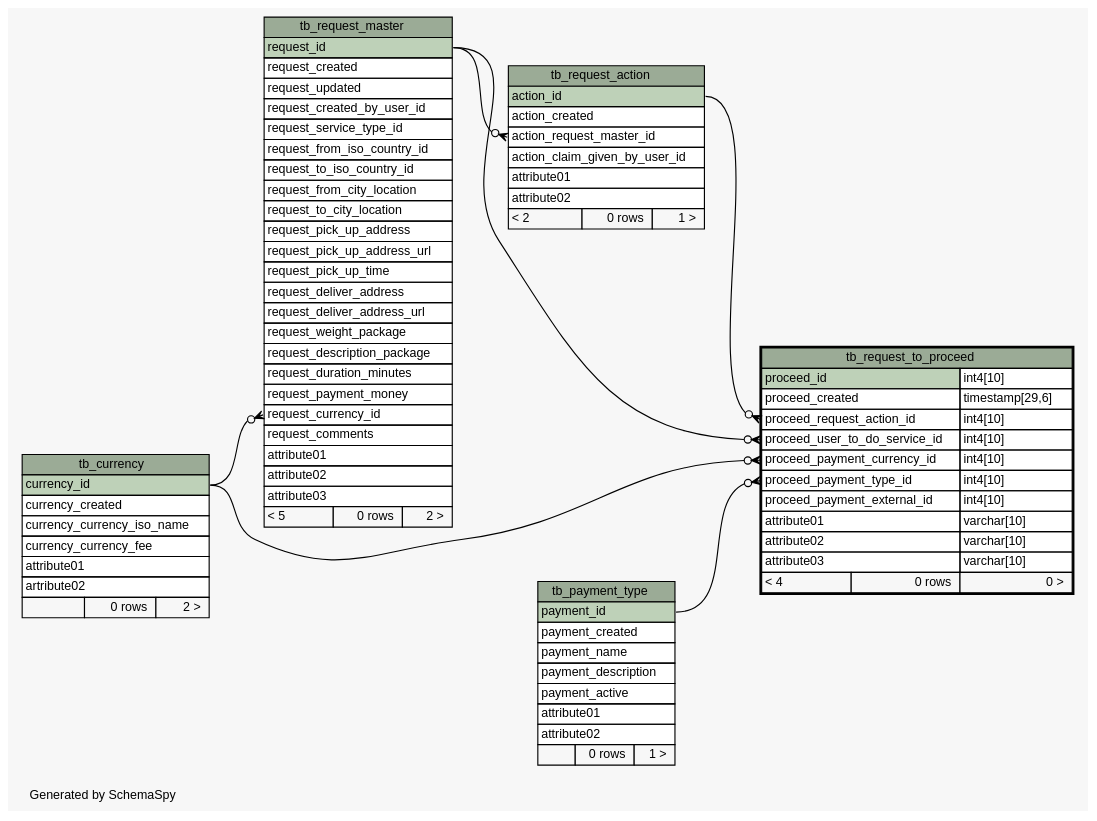
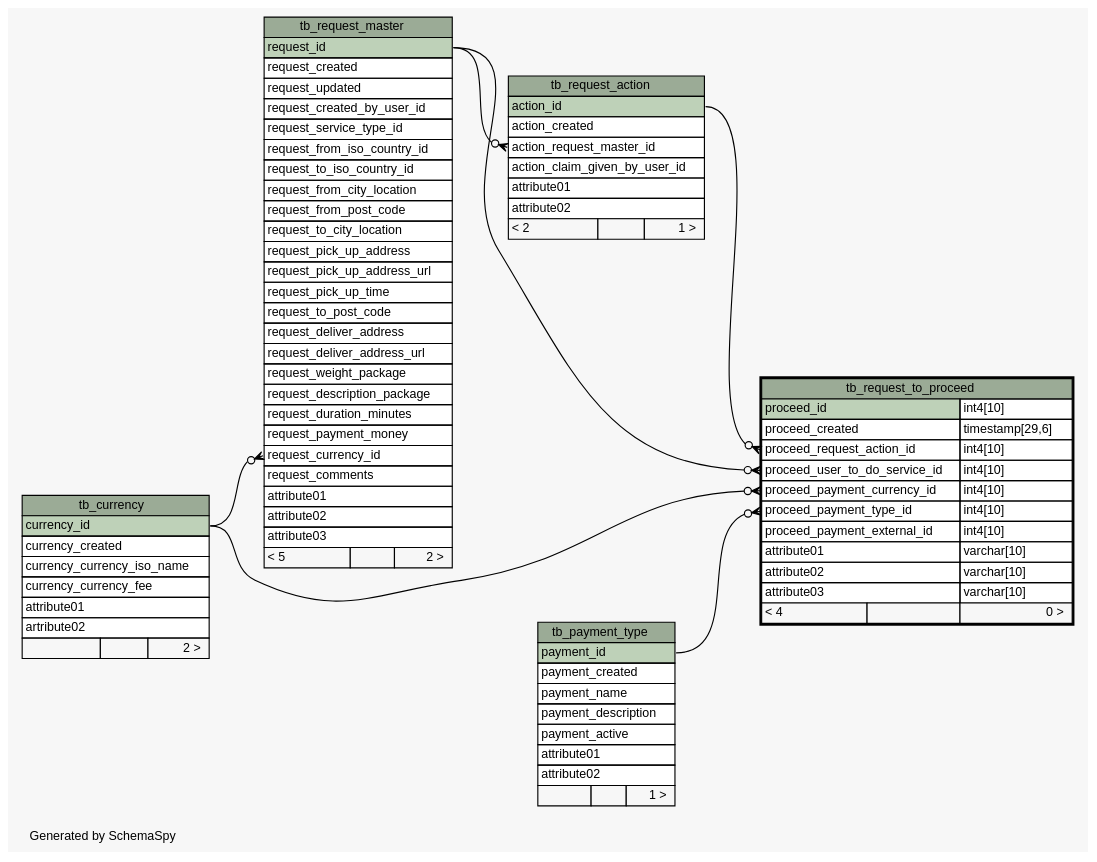
The diagram in database/schema/diagrams/tb_request_to_proceed.1degree.dot (josetesan/bring2me), drawn with Graphviz before and after one commit. The commit also changed 74 other files, not shown here.

Commit message:
New schema

```diff
--- a/database/schema/diagrams/tb_request_to_proceed.1degree.dot
+++ b/database/schema/diagrams/tb_request_to_proceed.1degree.dot
@@ -1,125 +1,127 @@
-// dot 2.34.0 on Linux 3.12.0-1-MANJARO
+// dot 2.34.0 on Linux 3.12.1-1-MANJARO
 // SchemaSpy rev 590
 digraph "oneDegreeRelationshipsDiagram" {
   graph [
     rankdir="RL"
     bgcolor="#f7f7f7"
     label="\nGenerated by SchemaSpy"
     labeljust="l"
     nodesep="0.18"
     ranksep="0.46"
     fontname="Helvetica"
     fontsize="11"
   ];
   node [
     fontname="Helvetica"
     fontsize="11"
     shape="plaintext"
   ];
   edge [
     arrowsize="0.8"
   ];
   "tb_request_action":"action_request_master_id":w -> "tb_request_master":"request_id":e [arrowhead=none dir=back arrowtail=crowodot];
   "tb_request_master":"request_currency_id":w -> "tb_currency":"currency_id":e [arrowhead=none dir=back arrowtail=crowodot];
   "tb_request_to_proceed":"proceed_payment_currency_id":w -> "tb_currency":"currency_id":e [arrowhead=none dir=back arrowtail=crowodot];
   "tb_request_to_proceed":"proceed_payment_type_id":w -> "tb_payment_type":"payment_id":e [arrowhead=none dir=back arrowtail=crowodot];
   "tb_request_to_proceed":"proceed_request_action_id":w -> "tb_request_action":"action_id":e [arrowhead=none dir=back arrowtail=crowodot];
   "tb_request_to_proceed":"proceed_user_to_do_service_id":w -> "tb_request_master":"request_id":e [arrowhead=none dir=back arrowtail=crowodot];
   "tb_currency" [
     label=<
     <TABLE BORDER="0" CELLBORDER="1" CELLSPACING="0" BGCOLOR="#ffffff">
       <TR><TD COLSPAN="3" BGCOLOR="#9bab96" ALIGN="CENTER">tb_currency</TD></TR>
       <TR><TD PORT="currency_id" COLSPAN="3" BGCOLOR="#bed1b8" ALIGN="LEFT">currency_id</TD></TR>
       <TR><TD PORT="currency_created" COLSPAN="3" ALIGN="LEFT">currency_created</TD></TR>
       <TR><TD PORT="currency_currency_iso_name" COLSPAN="3" ALIGN="LEFT">currency_currency_iso_name</TD></TR>
       <TR><TD PORT="currency_currency_fee" COLSPAN="3" ALIGN="LEFT">currency_currency_fee</TD></TR>
       <TR><TD PORT="attribute01" COLSPAN="3" ALIGN="LEFT">attribute01</TD></TR>
       <TR><TD PORT="artribute02" COLSPAN="3" ALIGN="LEFT">artribute02</TD></TR>
-      <TR><TD ALIGN="LEFT" BGCOLOR="#f7f7f7">  </TD><TD ALIGN="RIGHT" BGCOLOR="#f7f7f7">0 rows</TD><TD ALIGN="RIGHT" BGCOLOR="#f7f7f7">2 &gt;</TD></TR>
+      <TR><TD ALIGN="LEFT" BGCOLOR="#f7f7f7">  </TD><TD ALIGN="RIGHT" BGCOLOR="#f7f7f7">  </TD><TD ALIGN="RIGHT" BGCOLOR="#f7f7f7">2 &gt;</TD></TR>
     </TABLE>>
     URL="tb_currency.html"
     tooltip="tb_currency"
   ];
   "tb_payment_type" [
     label=<
     <TABLE BORDER="0" CELLBORDER="1" CELLSPACING="0" BGCOLOR="#ffffff">
       <TR><TD COLSPAN="3" BGCOLOR="#9bab96" ALIGN="CENTER">tb_payment_type</TD></TR>
       <TR><TD PORT="payment_id" COLSPAN="3" BGCOLOR="#bed1b8" ALIGN="LEFT">payment_id</TD></TR>
       <TR><TD PORT="payment_created" COLSPAN="3" ALIGN="LEFT">payment_created</TD></TR>
       <TR><TD PORT="payment_name" COLSPAN="3" ALIGN="LEFT">payment_name</TD></TR>
       <TR><TD PORT="payment_description" COLSPAN="3" ALIGN="LEFT">payment_description</TD></TR>
       <TR><TD PORT="payment_active" COLSPAN="3" ALIGN="LEFT">payment_active</TD></TR>
       <TR><TD PORT="attribute01" COLSPAN="3" ALIGN="LEFT">attribute01</TD></TR>
       <TR><TD PORT="attribute02" COLSPAN="3" ALIGN="LEFT">attribute02</TD></TR>
-      <TR><TD ALIGN="LEFT" BGCOLOR="#f7f7f7">  </TD><TD ALIGN="RIGHT" BGCOLOR="#f7f7f7">0 rows</TD><TD ALIGN="RIGHT" BGCOLOR="#f7f7f7">1 &gt;</TD></TR>
+      <TR><TD ALIGN="LEFT" BGCOLOR="#f7f7f7">  </TD><TD ALIGN="RIGHT" BGCOLOR="#f7f7f7">  </TD><TD ALIGN="RIGHT" BGCOLOR="#f7f7f7">1 &gt;</TD></TR>
     </TABLE>>
     URL="tb_payment_type.html"
     tooltip="tb_payment_type"
   ];
   "tb_request_action" [
     label=<
     <TABLE BORDER="0" CELLBORDER="1" CELLSPACING="0" BGCOLOR="#ffffff">
       <TR><TD COLSPAN="3" BGCOLOR="#9bab96" ALIGN="CENTER">tb_request_action</TD></TR>
       <TR><TD PORT="action_id" COLSPAN="3" BGCOLOR="#bed1b8" ALIGN="LEFT">action_id</TD></TR>
       <TR><TD PORT="action_created" COLSPAN="3" ALIGN="LEFT">action_created</TD></TR>
       <TR><TD PORT="action_request_master_id" COLSPAN="3" ALIGN="LEFT">action_request_master_id</TD></TR>
       <TR><TD PORT="action_claim_given_by_user_id" COLSPAN="3" ALIGN="LEFT">action_claim_given_by_user_id</TD></TR>
       <TR><TD PORT="attribute01" COLSPAN="3" ALIGN="LEFT">attribute01</TD></TR>
       <TR><TD PORT="attribute02" COLSPAN="3" ALIGN="LEFT">attribute02</TD></TR>
-      <TR><TD ALIGN="LEFT" BGCOLOR="#f7f7f7">&lt; 2</TD><TD ALIGN="RIGHT" BGCOLOR="#f7f7f7">0 rows</TD><TD ALIGN="RIGHT" BGCOLOR="#f7f7f7">1 &gt;</TD></TR>
+      <TR><TD ALIGN="LEFT" BGCOLOR="#f7f7f7">&lt; 2</TD><TD ALIGN="RIGHT" BGCOLOR="#f7f7f7">  </TD><TD ALIGN="RIGHT" BGCOLOR="#f7f7f7">1 &gt;</TD></TR>
     </TABLE>>
     URL="tb_request_action.html"
     tooltip="tb_request_action"
   ];
   "tb_request_master" [
     label=<
     <TABLE BORDER="0" CELLBORDER="1" CELLSPACING="0" BGCOLOR="#ffffff">
       <TR><TD COLSPAN="3" BGCOLOR="#9bab96" ALIGN="CENTER">tb_request_master</TD></TR>
       <TR><TD PORT="request_id" COLSPAN="3" BGCOLOR="#bed1b8" ALIGN="LEFT">request_id</TD></TR>
       <TR><TD PORT="request_created" COLSPAN="3" ALIGN="LEFT">request_created</TD></TR>
       <TR><TD PORT="request_updated" COLSPAN="3" ALIGN="LEFT">request_updated</TD></TR>
       <TR><TD PORT="request_created_by_user_id" COLSPAN="3" ALIGN="LEFT">request_created_by_user_id</TD></TR>
       <TR><TD PORT="request_service_type_id" COLSPAN="3" ALIGN="LEFT">request_service_type_id</TD></TR>
       <TR><TD PORT="request_from_iso_country_id" COLSPAN="3" ALIGN="LEFT">request_from_iso_country_id</TD></TR>
       <TR><TD PORT="request_to_iso_country_id" COLSPAN="3" ALIGN="LEFT">request_to_iso_country_id</TD></TR>
       <TR><TD PORT="request_from_city_location" COLSPAN="3" ALIGN="LEFT">request_from_city_location</TD></TR>
+      <TR><TD PORT="request_from_post_code" COLSPAN="3" ALIGN="LEFT">request_from_post_code</TD></TR>
       <TR><TD PORT="request_to_city_location" COLSPAN="3" ALIGN="LEFT">request_to_city_location</TD></TR>
       <TR><TD PORT="request_pick_up_address" COLSPAN="3" ALIGN="LEFT">request_pick_up_address</TD></TR>
       <TR><TD PORT="request_pick_up_address_url" COLSPAN="3" ALIGN="LEFT">request_pick_up_address_url</TD></TR>
       <TR><TD PORT="request_pick_up_time" COLSPAN="3" ALIGN="LEFT">request_pick_up_time</TD></TR>
+      <TR><TD PORT="request_to_post_code" COLSPAN="3" ALIGN="LEFT">request_to_post_code</TD></TR>
       <TR><TD PORT="request_deliver_address" COLSPAN="3" ALIGN="LEFT">request_deliver_address</TD></TR>
       <TR><TD PORT="request_deliver_address_url" COLSPAN="3" ALIGN="LEFT">request_deliver_address_url</TD></TR>
       <TR><TD PORT="request_weight_package" COLSPAN="3" ALIGN="LEFT">request_weight_package</TD></TR>
       <TR><TD PORT="request_description_package" COLSPAN="3" ALIGN="LEFT">request_description_package</TD></TR>
       <TR><TD PORT="request_duration_minutes" COLSPAN="3" ALIGN="LEFT">request_duration_minutes</TD></TR>
       <TR><TD PORT="request_payment_money" COLSPAN="3" ALIGN="LEFT">request_payment_money</TD></TR>
       <TR><TD PORT="request_currency_id" COLSPAN="3" ALIGN="LEFT">request_currency_id</TD></TR>
       <TR><TD PORT="request_comments" COLSPAN="3" ALIGN="LEFT">request_comments</TD></TR>
       <TR><TD PORT="attribute01" COLSPAN="3" ALIGN="LEFT">attribute01</TD></TR>
       <TR><TD PORT="attribute02" COLSPAN="3" ALIGN="LEFT">attribute02</TD></TR>
       <TR><TD PORT="attribute03" COLSPAN="3" ALIGN="LEFT">attribute03</TD></TR>
-      <TR><TD ALIGN="LEFT" BGCOLOR="#f7f7f7">&lt; 5</TD><TD ALIGN="RIGHT" BGCOLOR="#f7f7f7">0 rows</TD><TD ALIGN="RIGHT" BGCOLOR="#f7f7f7">2 &gt;</TD></TR>
+      <TR><TD ALIGN="LEFT" BGCOLOR="#f7f7f7">&lt; 5</TD><TD ALIGN="RIGHT" BGCOLOR="#f7f7f7">  </TD><TD ALIGN="RIGHT" BGCOLOR="#f7f7f7">2 &gt;</TD></TR>
     </TABLE>>
     URL="tb_request_master.html"
     tooltip="tb_request_master"
   ];
   "tb_request_to_proceed" [
     label=<
     <TABLE BORDER="2" CELLBORDER="1" CELLSPACING="0" BGCOLOR="#ffffff">
       <TR><TD COLSPAN="3" BGCOLOR="#9bab96" ALIGN="CENTER">tb_request_to_proceed</TD></TR>
       <TR><TD PORT="proceed_id" COLSPAN="2" BGCOLOR="#bed1b8" ALIGN="LEFT">proceed_id</TD><TD PORT="proceed_id.type" ALIGN="LEFT">int4[10]</TD></TR>
       <TR><TD PORT="proceed_created" COLSPAN="2" ALIGN="LEFT">proceed_created</TD><TD PORT="proceed_created.type" ALIGN="LEFT">timestamp[29,6]</TD></TR>
       <TR><TD PORT="proceed_request_action_id" COLSPAN="2" ALIGN="LEFT">proceed_request_action_id</TD><TD PORT="proceed_request_action_id.type" ALIGN="LEFT">int4[10]</TD></TR>
       <TR><TD PORT="proceed_user_to_do_service_id" COLSPAN="2" ALIGN="LEFT">proceed_user_to_do_service_id</TD><TD PORT="proceed_user_to_do_service_id.type" ALIGN="LEFT">int4[10]</TD></TR>
       <TR><TD PORT="proceed_payment_currency_id" COLSPAN="2" ALIGN="LEFT">proceed_payment_currency_id</TD><TD PORT="proceed_payment_currency_id.type" ALIGN="LEFT">int4[10]</TD></TR>
       <TR><TD PORT="proceed_payment_type_id" COLSPAN="2" ALIGN="LEFT">proceed_payment_type_id</TD><TD PORT="proceed_payment_type_id.type" ALIGN="LEFT">int4[10]</TD></TR>
       <TR><TD PORT="proceed_payment_external_id" COLSPAN="2" ALIGN="LEFT">proceed_payment_external_id</TD><TD PORT="proceed_payment_external_id.type" ALIGN="LEFT">int4[10]</TD></TR>
       <TR><TD PORT="attribute01" COLSPAN="2" ALIGN="LEFT">attribute01</TD><TD PORT="attribute01.type" ALIGN="LEFT">varchar[10]</TD></TR>
       <TR><TD PORT="attribute02" COLSPAN="2" ALIGN="LEFT">attribute02</TD><TD PORT="attribute02.type" ALIGN="LEFT">varchar[10]</TD></TR>
       <TR><TD PORT="attribute03" COLSPAN="2" ALIGN="LEFT">attribute03</TD><TD PORT="attribute03.type" ALIGN="LEFT">varchar[10]</TD></TR>
-      <TR><TD ALIGN="LEFT" BGCOLOR="#f7f7f7">&lt; 4</TD><TD ALIGN="RIGHT" BGCOLOR="#f7f7f7">0 rows</TD><TD ALIGN="RIGHT" BGCOLOR="#f7f7f7">0 &gt;</TD></TR>
+      <TR><TD ALIGN="LEFT" BGCOLOR="#f7f7f7">&lt; 4</TD><TD ALIGN="RIGHT" BGCOLOR="#f7f7f7">  </TD><TD ALIGN="RIGHT" BGCOLOR="#f7f7f7">0 &gt;</TD></TR>
     </TABLE>>
     URL="tb_request_to_proceed.html"
     tooltip="tb_request_to_proceed"
   ];
 }
```
